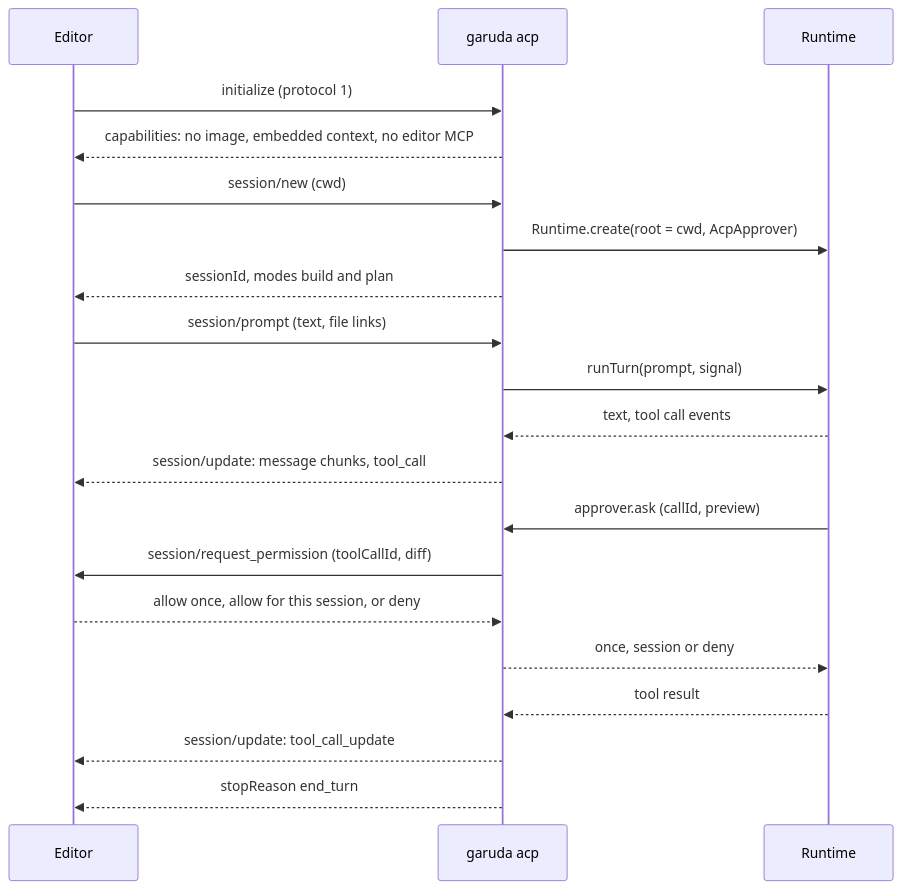
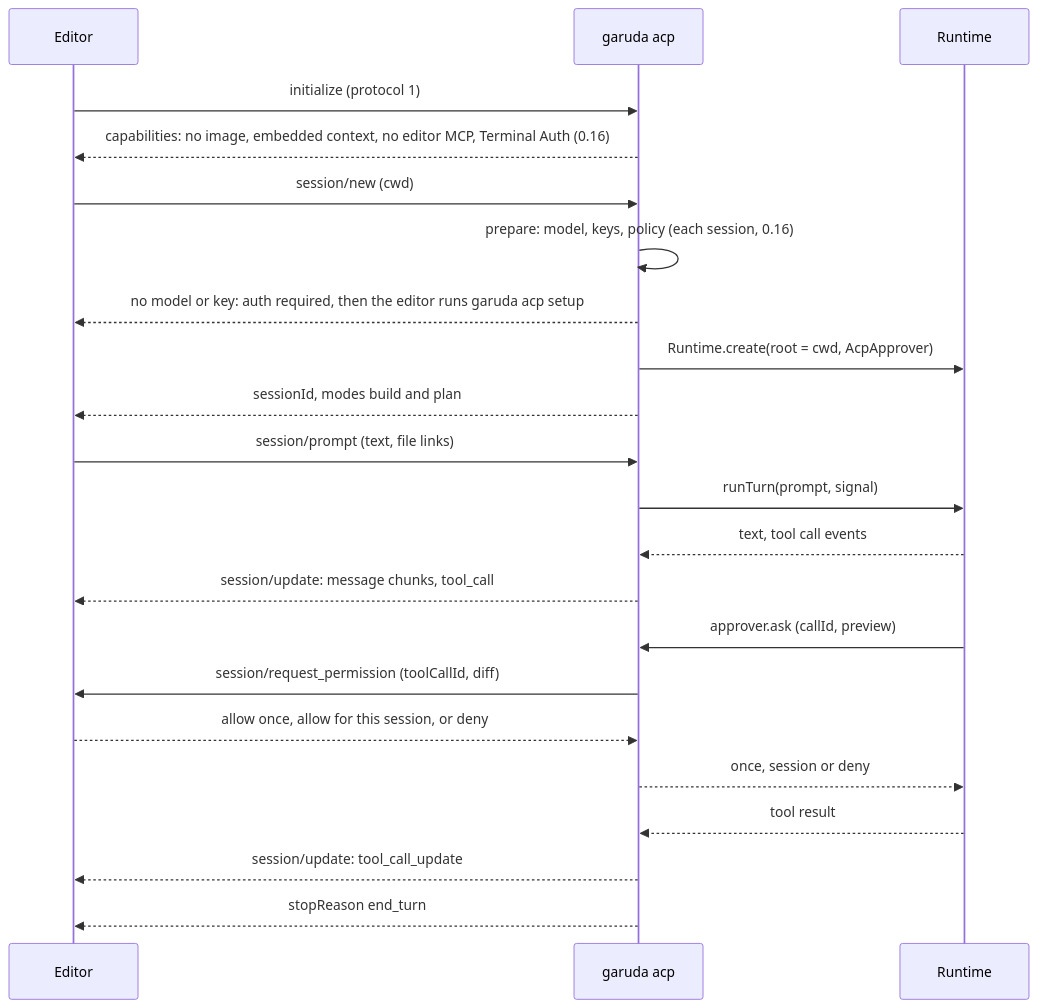
One commit to madhu-sv/garuda changed the tenth of 10 diagrams in docs/hld.md. Above: the diagram before and after it, drawn with Mermaid. The commit also changed other lines of this file and 32 other files, not shown here.

````diff
--- a/docs/hld.md
+++ b/docs/hld.md
@@ -427,22 +430,24 @@
 ```mermaid
 sequenceDiagram
   participant E as Editor
   participant A as garuda acp
   participant RT as Runtime
   E->>A: initialize (protocol 1)
-  A-->>E: capabilities: no image, embedded context, no editor MCP
+  A-->>E: capabilities: no image, embedded context, no editor MCP, Terminal Auth (0.16)
   E->>A: session/new (cwd)
+  A->>A: prepare: model, keys, policy (each session, 0.16)
+  A-->>E: no model or key: auth required, then the editor runs garuda acp setup
   A->>RT: Runtime.create(root = cwd, AcpApprover)
   A-->>E: sessionId, modes build and plan
   E->>A: session/prompt (text, file links)
   A->>RT: runTurn(prompt, signal)
   RT-->>A: text, tool call events
   A-->>E: session/update: message chunks, tool_call
   RT->>A: approver.ask (callId, preview)
   A->>E: session/request_permission (toolCallId, diff)
   E-->>A: allow once, allow for this session, or deny
   A-->>RT: once, session or deny
   RT-->>A: tool result
   A-->>E: session/update: tool_call_update
   A-->>E: stopReason end_turn
 ```
````
